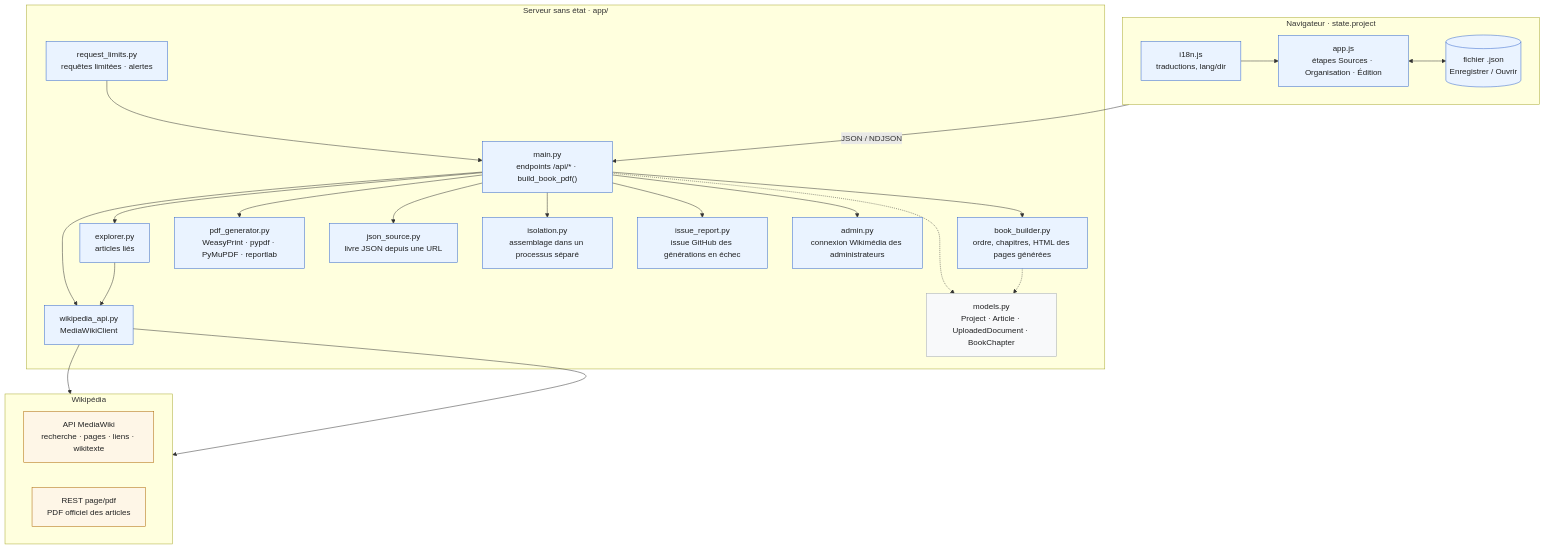
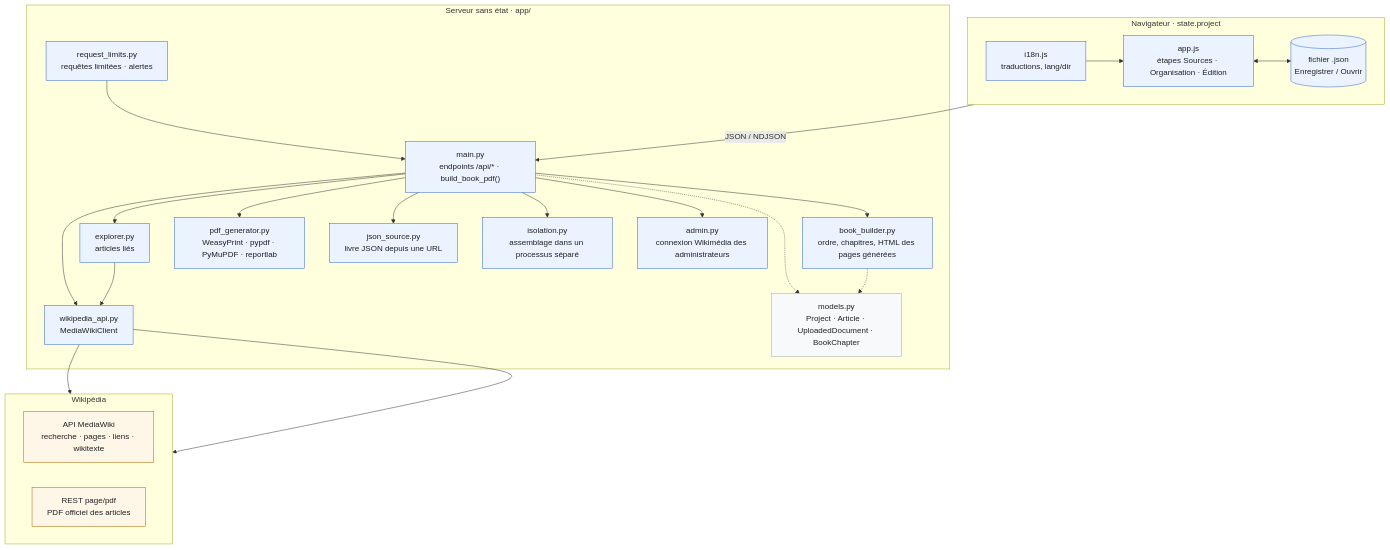
Before and after one commit to gmoulard/wikipedia2book: the first of 2 diagrams in docs/TechnicalSpec.fr.md, drawn with Mermaid. The commit also changed other lines of this file and 12 other files, not shown here.

````diff
--- a/docs/TechnicalSpec.fr.md
+++ b/docs/TechnicalSpec.fr.md
@@ -570,54 +566,52 @@
 ```mermaid
 flowchart TB
     subgraph Browser["Navigateur · state.project"]
         direction LR
         I18N["i18n.js<br/>traductions, lang/dir"]
         APP["app.js<br/>étapes Sources · Organisation · Édition"]
         FILE[("fichier .json<br/>Enregistrer / Ouvrir")]
         I18N --> APP
         APP <--> FILE
     end
 
     subgraph Server["Serveur sans état · app/"]
         MAIN["main.py<br/>endpoints /api/* · build_book_pdf()"]
         EXPL["explorer.py<br/>articles liés"]
         BB["book_builder.py<br/>ordre, chapitres, HTML des pages générées"]
         PDFG["pdf_generator.py<br/>WeasyPrint · pypdf · PyMuPDF · reportlab"]
         WAPI["wikipedia_api.py<br/>MediaWikiClient"]
         JSRC["json_source.py<br/>livre JSON depuis une URL"]
         GUARD["request_limits.py<br/>requêtes limitées · alertes"]
         GUARD --> MAIN
         MODELS["models.py<br/>Project · Article · UploadedDocument · BookChapter"]
         MAIN --> EXPL
         MAIN --> BB
         ISO["isolation.py<br/>assemblage dans un processus séparé"]
-        ISSUE["issue_report.py<br/>issue GitHub des générations en échec"]
-        MAIN --> ISSUE
         ADM["admin.py<br/>connexion Wikimédia des administrateurs"]
         MAIN --> ADM
         MAIN --> ISO
         MAIN --> PDFG
         MAIN --> WAPI
         MAIN --> JSRC
         EXPL --> WAPI
     end
 
     subgraph Wikipedia["Wikipédia"]
         direction LR
         MW["API MediaWiki<br/>recherche · pages · liens · wikitexte"]
         REST["REST page/pdf<br/>PDF officiel des articles"]
     end
 
     APP -- "JSON / NDJSON" --> MAIN
     WAPI --> MW
     WAPI --> REST
     MAIN -.-> MODELS
     BB -.-> MODELS
 
     classDef app fill:#eaf3ff,stroke:#3366cc,color:#202122
     classDef wiki fill:#fef6e7,stroke:#ac6600,color:#202122
     classDef shared fill:#f8f9fa,stroke:#a2a9b1,color:#202122
-    class I18N,APP,FILE,MAIN,EXPL,BB,PDFG,WAPI,ISO,JSRC,ADM,GUARD,ISSUE app
+    class I18N,APP,FILE,MAIN,EXPL,BB,PDFG,WAPI,ISO,JSRC,ADM,GUARD app
     class MW,REST wiki
     class MODELS shared
 ```
````
